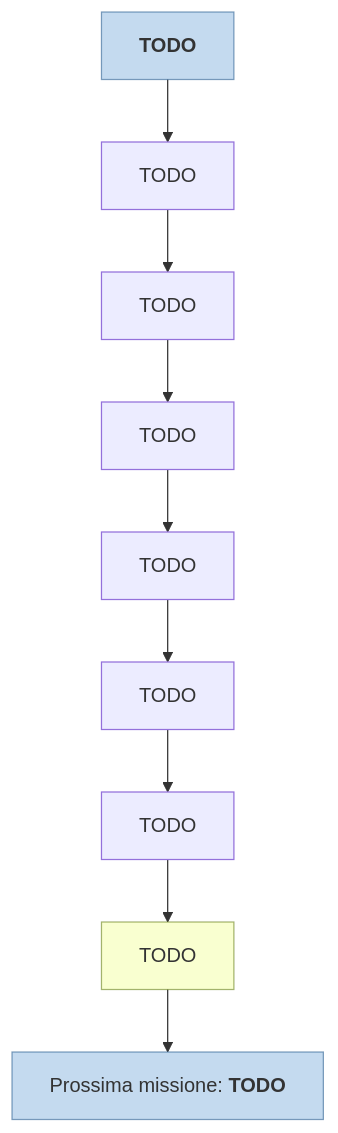
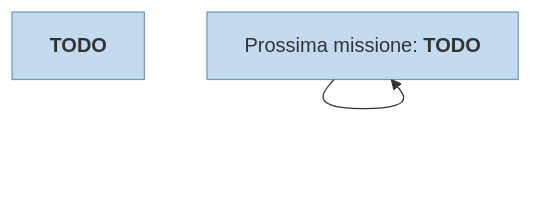
Before and after one commit to persy/wastelander: the diagram in content/docs/fallout 3/missioni/template.md, drawn with Mermaid. The commit also changed other lines of this file and 27 other files, not shown here.

````diff
--- a/content/docs/fallout 3/missioni/template.md
+++ b/content/docs/fallout 3/missioni/template.md
@@ -25,14 +23,22 @@
 ```mermaid
 graph TD;
-    id1[<b>TODO</b>]:::questfo3-->id2[TODO]
-    id2-->id3[TODO]
-    id3-->id4[TODO]
-    id4-->id5[TODO]
-    id5-->id6[TODO]  
-    id6-->id7[TODO]
-    id7-->id8[TODO]:::rewardfo3
-    id8-->id9[Prossima missione: <b>TODO</b>]:::questfo3
-    click id9 "../TODO"
+    id1[<b>TODO</b>]:::questfo3
+    id[TODO]
+    id[TODO]
+    id[TODO]
+    id[TODO]
+    id[TODO]
+    id[TODO] 
+    id[TODO]
+    id[TODO]
+    id[TODO]
+    id[TODO]
+    id[TODO]
+    id[TODO] 
+    id[TODO]:::rewardfo3
+    id[Prossima missione: <b>TODO</b>]:::questfo3
+    id-->id-->id-->id-->id-->id-->id
+    click id "../TODO"
     classDef rewardfo3 fill:#f1ff8a66, stroke:#56700087;
     classDef questfo3 fill:#5f9bd35e, stroke:#255b8d91;
 ```
````
